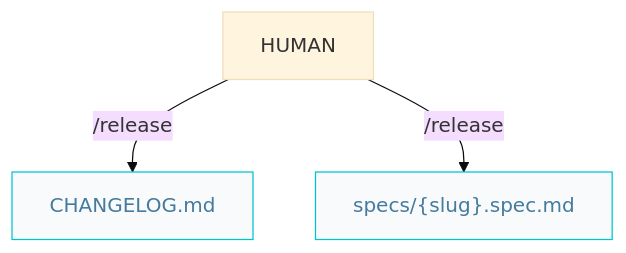
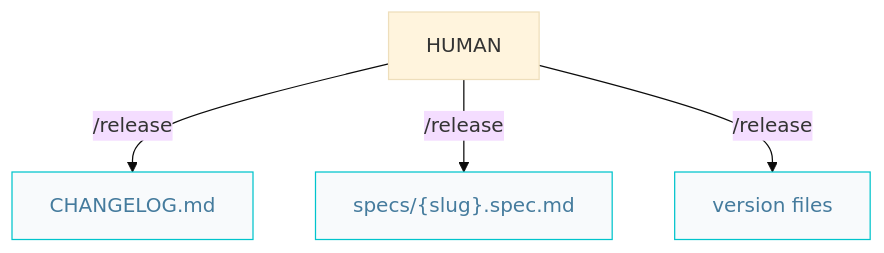
The second of 2 diagrams in docs/craftsman.pipelines.md (AIDDbot/AIDDbot), drawn with Mermaid (base theme) before and after one commit. The commit also changed other lines of this file and 15 other files, not shown here.

Commit message:
feat: enhance release skill to manage versioning, changelog updates, and spec status; introduce changelog and version conventions for better documentation

````diff
--- a/docs/craftsman.pipelines.md
+++ b/docs/craftsman.pipelines.md
@@ -24,10 +27,11 @@
 ```mermaid
 flowchart TD  
   HUM[HUMAN]
   SPC["specs/{slug}.spec.md"]:::nd
   CHL["CHANGELOG.md"]:::nd
+  VER["version files"]:::nd
 
-  HUM -->|/release| CHL & SPC
+  HUM -->|/release| CHL & SPC & VER
   
   classDef nd fill:#f8fafc,stroke:#00c4cc,color:#457b9d
 ``` 
````
